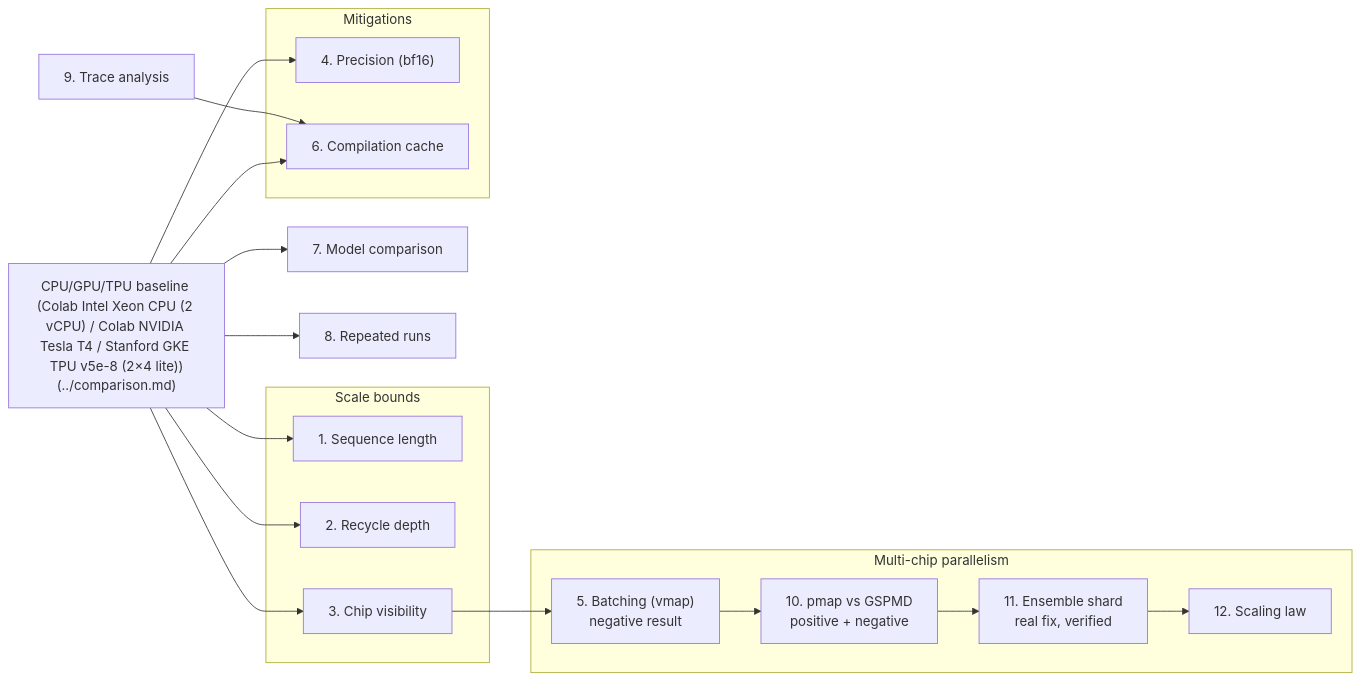
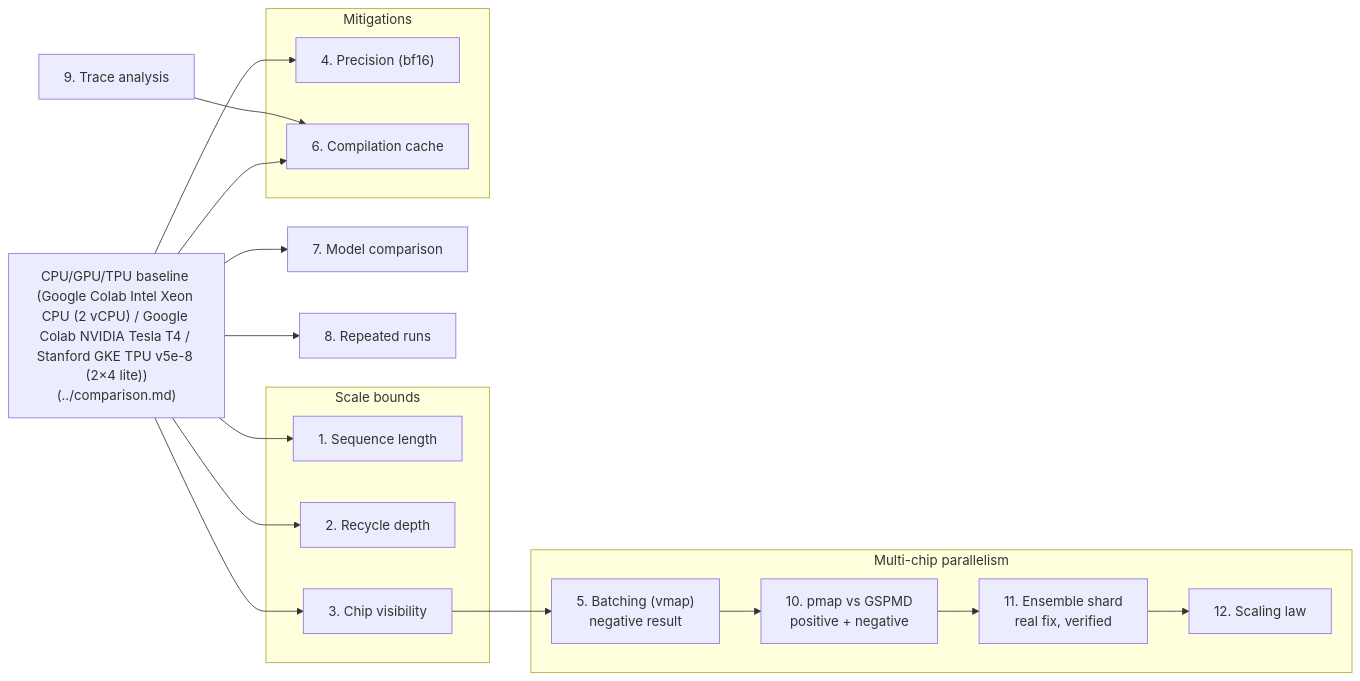
Before and after one commit to lorenzopazienza/alphafold-tpu-benchmark: the diagram in results/sweep/README.md, drawn with Mermaid. The commit also changed other lines of this file and 26 other files, not shown here.

First line of the commit message:
docs: spell out Google Colab, HPC, and precise 451× copy

````diff
--- a/results/sweep/README.md
+++ b/results/sweep/README.md
@@ -6,30 +6,30 @@
 ```mermaid
 flowchart LR
-    CMP["CPU/GPU/TPU baseline (Colab Intel Xeon CPU (2 vCPU) / Colab NVIDIA Tesla T4 / Stanford GKE TPU v5e-8 (2×4 lite))\n(../comparison.md)"]
+    CMP["CPU/GPU/TPU baseline (Google Colab Intel Xeon CPU (2 vCPU) / Google Colab NVIDIA Tesla T4 / Stanford GKE TPU v5e-8 (2×4 lite))\n(../comparison.md)"]
 
     subgraph SB["Scale bounds"]
         SL["1. Sequence length"]
         RD["2. Recycle depth"]
         CV["3. Chip visibility"]
     end
 
     subgraph MIT["Mitigations"]
         PR["4. Precision (bf16)"]
         CC["6. Compilation cache"]
     end
 
     subgraph MC["Multi-chip parallelism"]
         BA["5. Batching (vmap)\nnegative result"]
         SH["10. pmap vs GSPMD\npositive + negative"]
         ES["11. Ensemble shard\nreal fix, verified"]
         SCL["12. Scaling law"]
     end
 
     MOD["7. Model comparison"]
     REP["8. Repeated runs"]
     TR["9. Trace analysis"]
 
     CMP --> SL & RD & CV & PR & CC & MOD & REP
     TR --> CC
     CV --> BA --> SH --> ES --> SCL
 ```
````
